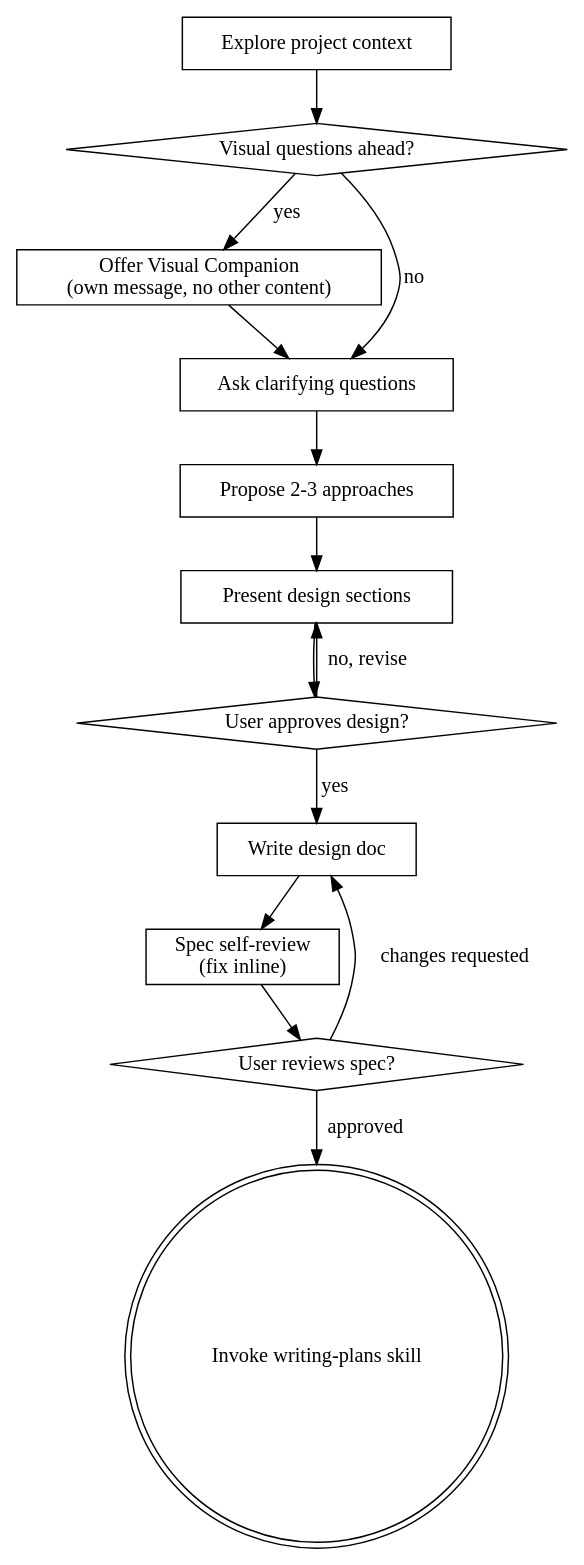
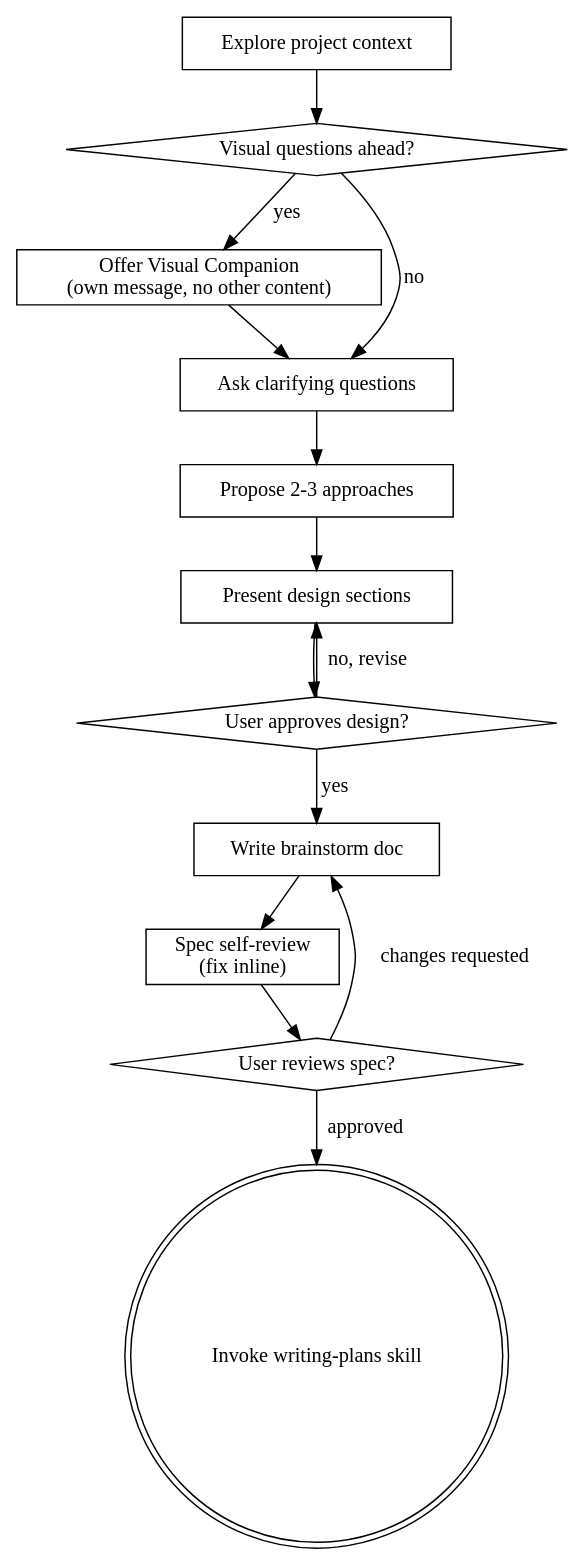
Before and after one commit to PromptPasture/agent.md: the diagram in src/skills/productivity/brainstorm/SKILL.md, drawn with Graphviz. The commit also changed other lines of this file, not shown here.

Commit message:
fix(brainstorm): rename design doc references to brainstorm doc`
- Update skill version to 3.0.2
- Rename output file from `DESIGN.md` to `BRAINSTORM.md`
- Update flowchart labels and documentation references accordingly

````diff
--- a/src/skills/productivity/brainstorm/SKILL.md
+++ b/src/skills/productivity/brainstorm/SKILL.md
@@ -43,29 +43,29 @@
 ```dot
 digraph brainstorming {
     "Explore project context" [shape=box];
     "Visual questions ahead?" [shape=diamond];
     "Offer Visual Companion\n(own message, no other content)" [shape=box];
     "Ask clarifying questions" [shape=box];
     "Propose 2-3 approaches" [shape=box];
     "Present design sections" [shape=box];
     "User approves design?" [shape=diamond];
-    "Write design doc" [shape=box];
+    "Write brainstorm doc" [shape=box];
     "Spec self-review\n(fix inline)" [shape=box];
     "User reviews spec?" [shape=diamond];
     "Invoke writing-plans skill" [shape=doublecircle];
 
     "Explore project context" -> "Visual questions ahead?";
     "Visual questions ahead?" -> "Offer Visual Companion\n(own message, no other content)" [label="yes"];
     "Visual questions ahead?" -> "Ask clarifying questions" [label="no"];
     "Offer Visual Companion\n(own message, no other content)" -> "Ask clarifying questions";
     "Ask clarifying questions" -> "Propose 2-3 approaches";
     "Propose 2-3 approaches" -> "Present design sections";
     "Present design sections" -> "User approves design?";
     "User approves design?" -> "Present design sections" [label="no, revise"];
-    "User approves design?" -> "Write design doc" [label="yes"];
-    "Write design doc" -> "Spec self-review\n(fix inline)";
+    "User approves design?" -> "Write brainstorm doc" [label="yes"];
+    "Write brainstorm doc" -> "Spec self-review\n(fix inline)";
     "Spec self-review\n(fix inline)" -> "User reviews spec?";
-    "User reviews spec?" -> "Write design doc" [label="changes requested"];
+    "User reviews spec?" -> "Write brainstorm doc" [label="changes requested"];
     "User reviews spec?" -> "Invoke writing-plans skill" [label="approved"];
 }
 ```
````
